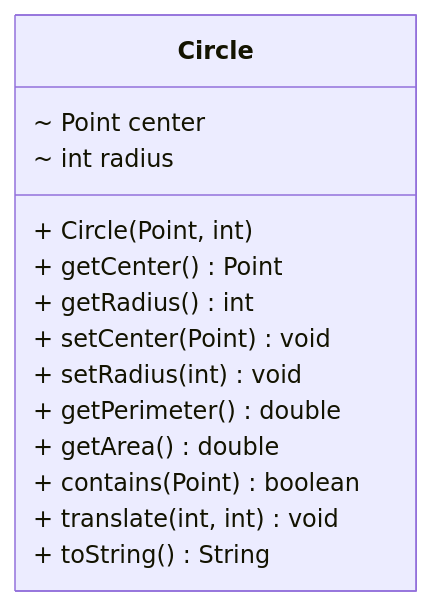
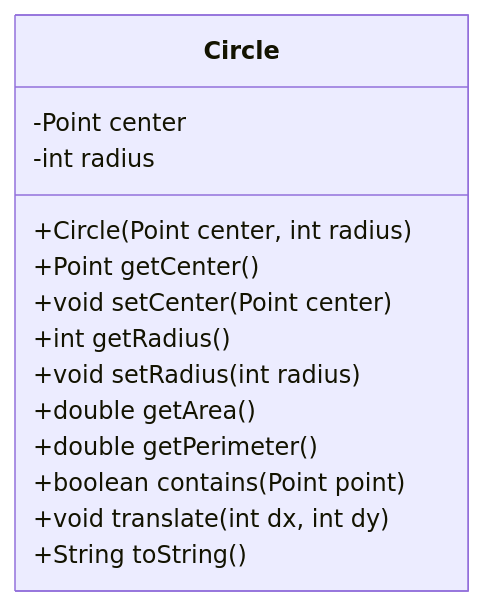
One commit to MarinCervinschi/ObjectOrientedProgramming changed the third of 13 diagrams in exercices/src/main/java/oop/README.md. Above: the diagram before and after it, drawn with Mermaid. The commit also changed other lines of this file and 21 other files, not shown here.

````diff
--- a/exercices/src/main/java/oop/README.md
+++ b/exercices/src/main/java/oop/README.md
@@ -103,18 +100,17 @@
 ```mermaid
 classDiagram
-direction BT
-class Circle {
-  ~ Point center
-  ~ int radius
-  + Circle(Point, int) 
-  + getCenter() Point
-  + getRadius() int
-  + setCenter(Point) void
-  + setRadius(int) void
-  + getPerimeter() double
-  + getArea() double
-  + contains(Point) boolean
-  + translate(int, int) void
-  + toString() String
-}
+    class Circle {
+        -Point center
+        -int radius
+        +Circle(Point center, int radius)
+        +Point getCenter()
+        +void setCenter(Point center)
+        +int getRadius()
+        +void setRadius(int radius)
+        +double getArea()
+        +double getPerimeter()
+        +boolean contains(Point point)
+        +void translate(int dx, int dy)
+        +String toString()
+    }
 ```
````
